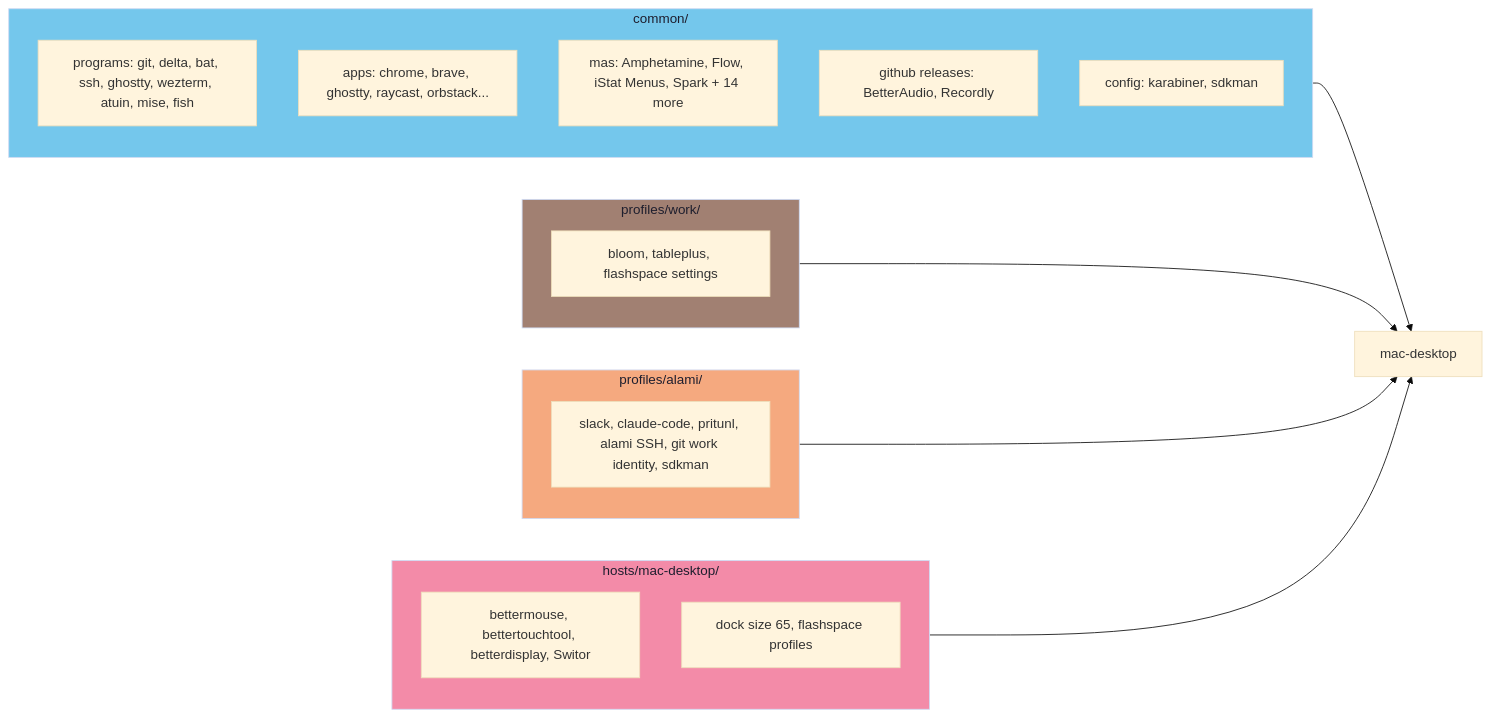
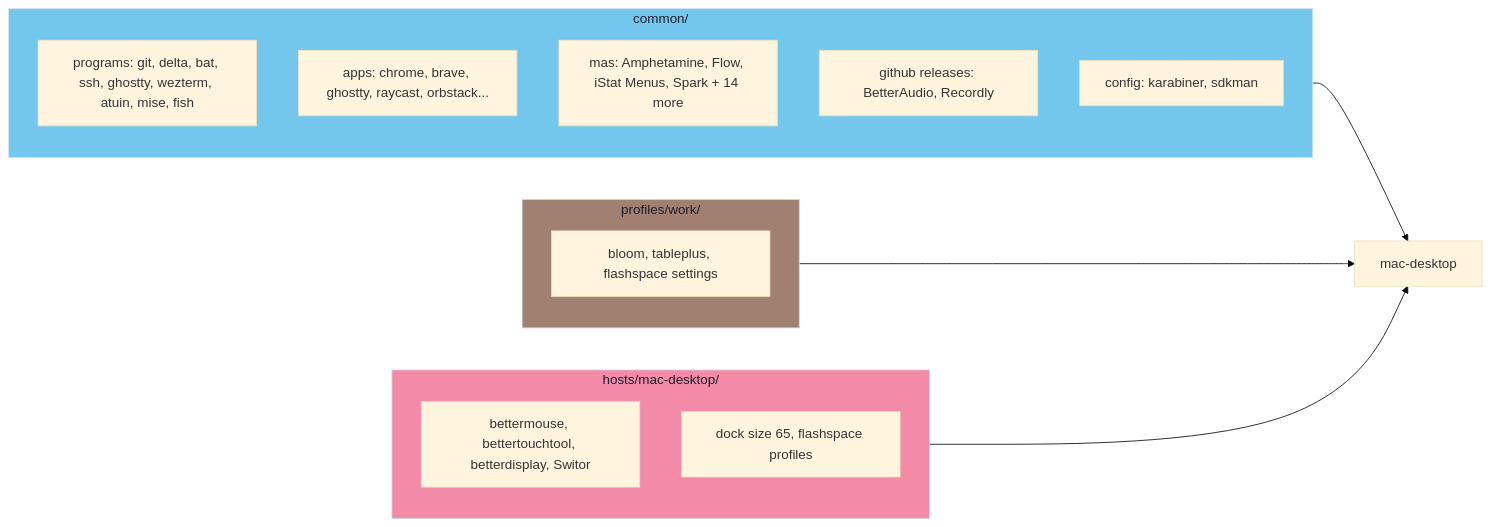
Before and after one commit to milhamh95/nix-config: the second of 4 diagrams in docs/architecture.md, drawn with Mermaid (base theme). The commit also changed other lines of this file and 23 other files, not shown here.

````diff
--- a/docs/architecture.md
+++ b/docs/architecture.md
@@ -360,35 +325,29 @@
 ```mermaid
 flowchart LR
     subgraph common["common/"]
         c_pkg["programs: git, delta, bat, ssh, ghostty, wezterm, atuin, mise, fish"]
         c_app["apps: chrome, brave, ghostty, raycast, orbstack..."]
         c_mas["mas: Amphetamine, Flow, iStat Menus, Spark + 14 more"]
         c_gh["github releases: BetterAudio, Recordly"]
         c_cfg["config: karabiner, sdkman"]
     end
 
     subgraph work["profiles/work/"]
         w["bloom, tableplus, flashspace settings"]
     end
 
-    subgraph alami["profiles/alami/"]
-        a["slack, claude-code, pritunl, alami SSH, git work identity, sdkman"]
-    end
-
     subgraph host["hosts/mac-desktop/"]
         h["bettermouse, bettertouchtool, betterdisplay, Switor"]
         h_sys["dock size 65, flashspace profiles"]
     end
 
     result["mac-desktop"]
 
     common --> result
     work --> result
-    alami --> result
     host --> result
 
     style common fill:#74c7ec,color:#1e1e2e
     style work fill:#a18072,color:#1e1e2e
-    style alami fill:#f5a97f,color:#1e1e2e
     style host fill:#f38ba8,color:#1e1e2e
 ```
````
